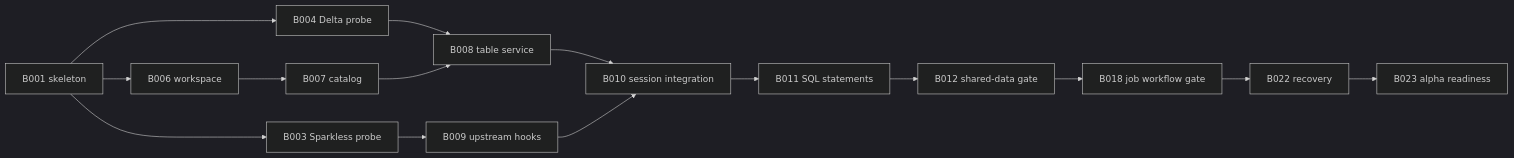
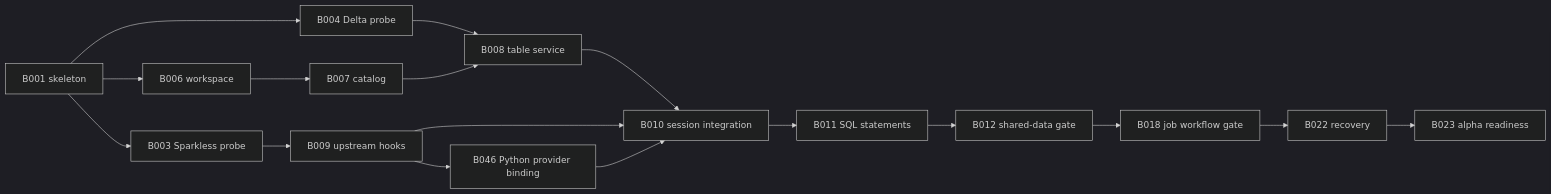
Before and after one commit to eddiethedean/brickhouse: the diagram in docs/plan/08-roadmap.md, drawn with Mermaid (dark theme). The commit also changed other lines of this file and 212 other files, not shown here.

````diff
--- a/docs/plan/08-roadmap.md
+++ b/docs/plan/08-roadmap.md
@@ -23,17 +25,19 @@
 ```mermaid
 flowchart LR
   A[B001 skeleton] --> B[B003 Sparkless probe]
   A --> C[B004 Delta probe]
   A --> D[B006 workspace]
   D --> E[B007 catalog]
   C --> F[B008 table service]
   E --> F
   B --> G[B009 upstream hooks]
   F --> H[B010 session integration]
   G --> H
+  G --> P[B046 Python provider binding]
+  P --> H
   H --> I[B011 SQL statements]
   I --> J[B012 shared-data gate]
   J --> K[B018 job workflow gate]
   K --> L[B022 recovery]
   L --> M[B023 alpha readiness]
 ```
````
